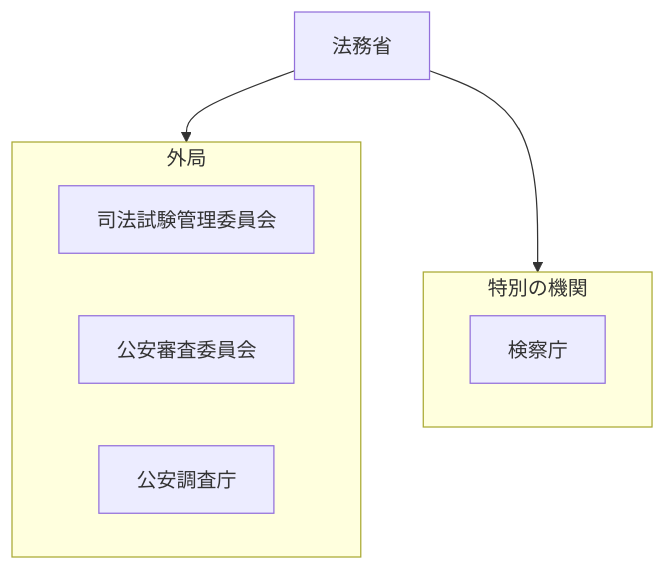
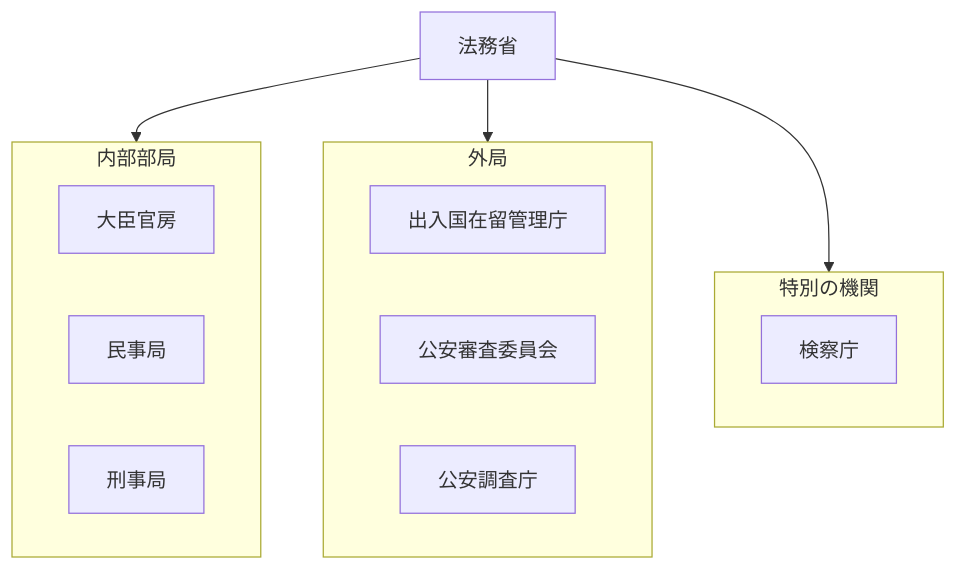
The diagram in 行政機構/法務省/README.md (tatemaru/jp-admin-org-chart), drawn with Mermaid before and after one commit. The commit also changed other lines of this file and 18 other files, not shown here.

````diff
--- a/行政機構/法務省/README.md
+++ b/行政機構/法務省/README.md
@@ -5,14 +5,20 @@
 ```mermaid
 flowchart TB
   root["法務省"]
-  subgraph g0["外局"]
-    n0_0["司法試験管理委員会"]
-    n0_1["公安審査委員会"]
-    n0_2["公安調査庁"]
+  subgraph g0["内部部局"]
+    n0_0["大臣官房"]
+    n0_1["民事局"]
+    n0_2["刑事局"]
   end
   root --> g0
-  subgraph g1["特別の機関"]
-    n1_0["検察庁"]
+  subgraph g1["外局"]
+    n1_0["出入国在留管理庁"]
+    n1_1["公安審査委員会"]
+    n1_2["公安調査庁"]
   end
   root --> g1
+  subgraph g2["特別の機関"]
+    n2_0["検察庁"]
+  end
+  root --> g2
 ```
````
